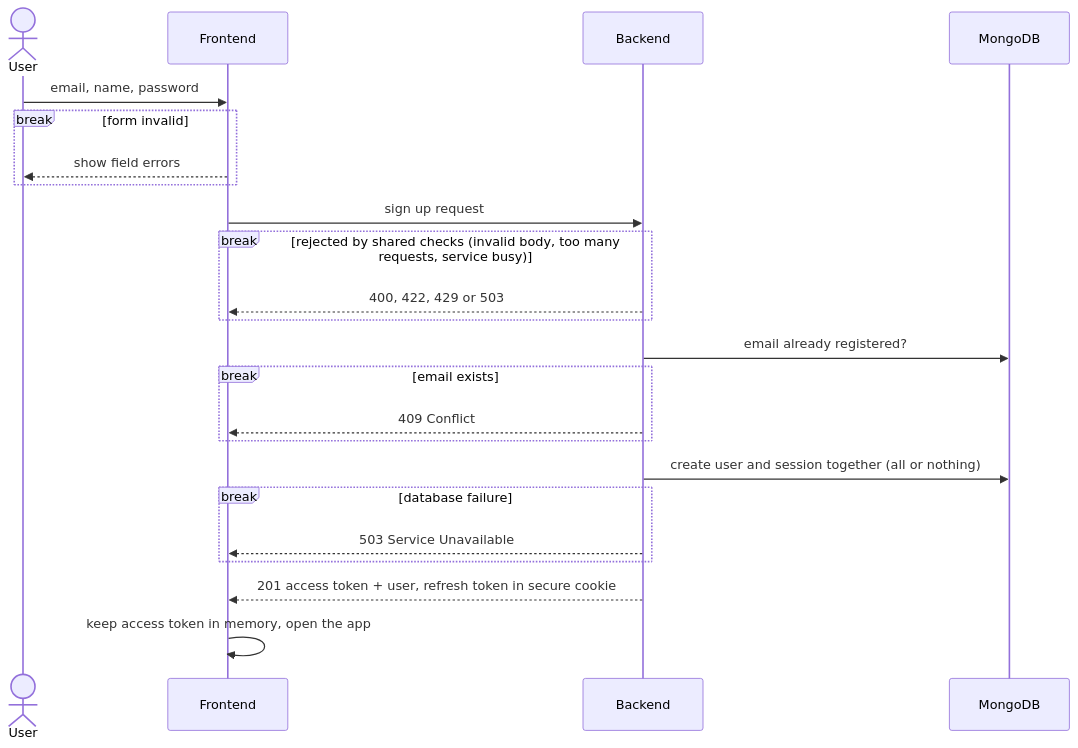
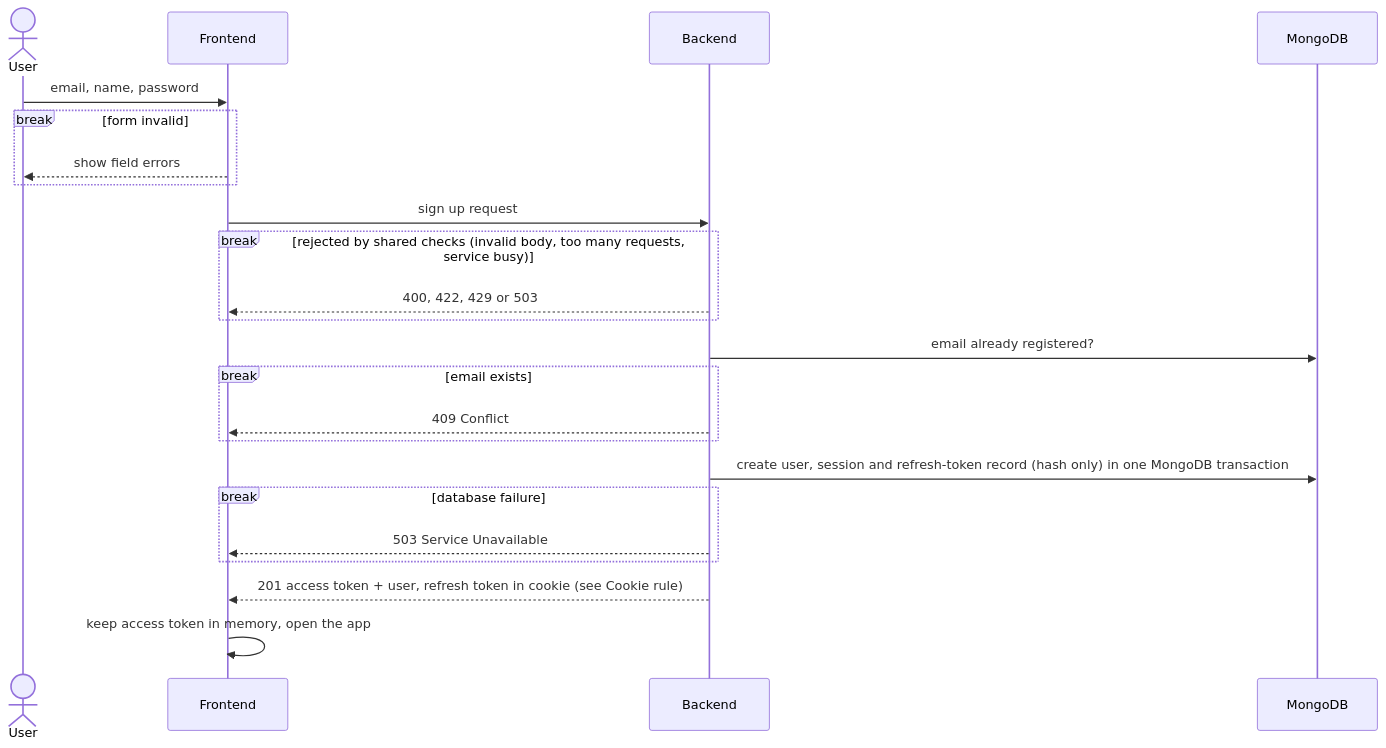
Before and after one commit to Rowan-habashy/easyGenerator-auth: the first of 4 diagrams in docs/architecture/auth-flow.md, drawn with Mermaid. The commit also changed other lines of this file and 2 other files, not shown here.

Commit message:
Adjust auth flow

````diff
--- a/docs/architecture/auth-flow.md
+++ b/docs/architecture/auth-flow.md
@@ -14,26 +16,26 @@
 ```mermaid
 sequenceDiagram
     actor U as User
     participant F as Frontend
     participant B as Backend
     participant D as MongoDB
 
     U->>F: email, name, password
     break form invalid
         F-->>U: show field errors
     end
     F->>B: sign up request
     break rejected by shared checks (invalid body, too many requests, service busy)
         B-->>F: 400, 422, 429 or 503
     end
     B->>D: email already registered?
     break email exists
         B-->>F: 409 Conflict
     end
-    B->>D: create user and session together (all or nothing)
+    B->>D: create user, session and refresh-token record (hash only) in one MongoDB transaction
     break database failure
         B-->>F: 503 Service Unavailable
     end
-    B-->>F: 201 access token + user, refresh token in secure cookie
+    B-->>F: 201 access token + user, refresh token in cookie (see Cookie rule)
     F->>F: keep access token in memory, open the app
 ```
````
